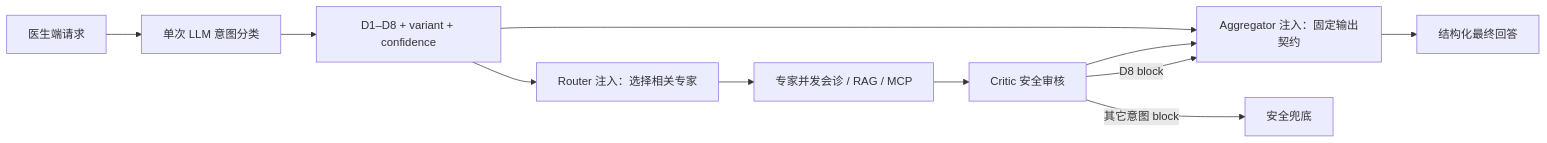
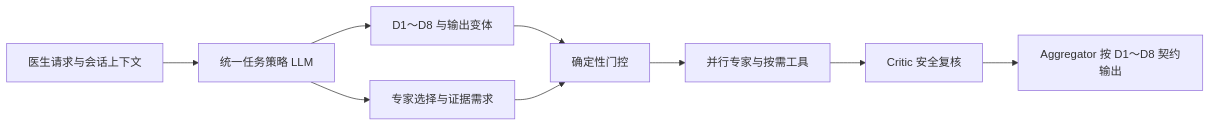
Before and after one commit to GeorgeGuo1215/Animal_detection2: the diagram in agentAndRag/agent_api/tests/moe/INTENT_CLASSIFICATION_EVALUATION_REPORT.md, drawn with Mermaid. The commit also changed other lines of this file and 39 other files, not shown here.

````diff
--- a/agentAndRag/agent_api/tests/moe/INTENT_CLASSIFICATION_EVALUATION_REPORT.md
+++ b/agentAndRag/agent_api/tests/moe/INTENT_CLASSIFICATION_EVALUATION_REPORT.md
@@ -11,13 +11,11 @@
 ```mermaid
 flowchart LR
-    A["医生端请求"] --> B["单次 LLM 意图分类"]
-    B --> C["D1–D8 + variant + confidence"]
-    C --> D["Router 注入：选择相关专家"]
-    D --> E["专家并发会诊 / RAG / MCP"]
-    E --> F["Critic 安全审核"]
-    C --> G["Aggregator 注入：固定输出契约"]
-    F --> G
-    G --> H["结构化最终回答"]
-    F -->|"D8 block"| G
-    F -->|"其它意图 block"| I["安全兜底"]
+    A["医生请求与会话上下文"] --> B["统一任务策略 LLM"]
+    B --> C["D1～D8 与输出变体"]
+    B --> D["专家选择与证据需求"]
+    C --> E["确定性门控"]
+    D --> E
+    E --> F["并行专家与按需工具"]
+    F --> G["Critic 安全复核"]
+    G --> H["Aggregator 按 D1～D8 契约输出"]
 ```
````
